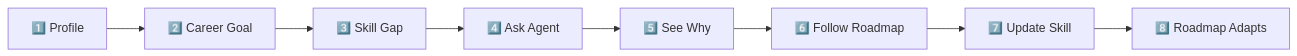
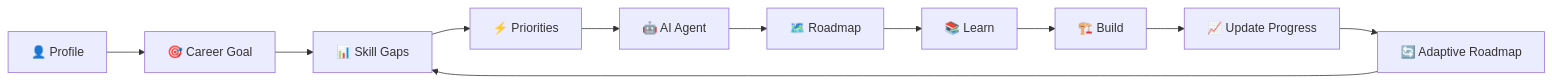
Before and after one commit to itsdivyanshuno/gaply-bnb-2026: the ninth of 9 diagrams in README.md, drawn with Mermaid. The commit also changed other lines of this file, not shown here.

````diff
--- a/README.md
+++ b/README.md
@@ -576,10 +529,13 @@
 ```mermaid
 flowchart LR
-    A["1️⃣ Profile"] --> B["2️⃣ Career Goal"]
-    B --> C["3️⃣ Skill Gap"]
-    C --> D["4️⃣ Ask Agent"]
-    D --> E["5️⃣ See Why"]
-    E --> F["6️⃣ Follow Roadmap"]
-    F --> G["7️⃣ Update Skill"]
-    G --> H["8️⃣ Roadmap Adapts"]
+    A["👤 Profile"] --> B["🎯 Career Goal"]
+    B --> C["📊 Skill Gaps"]
+    C --> D["⚡ Priorities"]
+    D --> E["🤖 AI Agent"]
+    E --> F["🗺️ Roadmap"]
+    F --> G["📚 Learn"]
+    G --> H["🏗️ Build"]
+    H --> I["📈 Update Progress"]
+    I --> J["🔄 Adaptive Roadmap"]
+    J --> C
 ```
````
